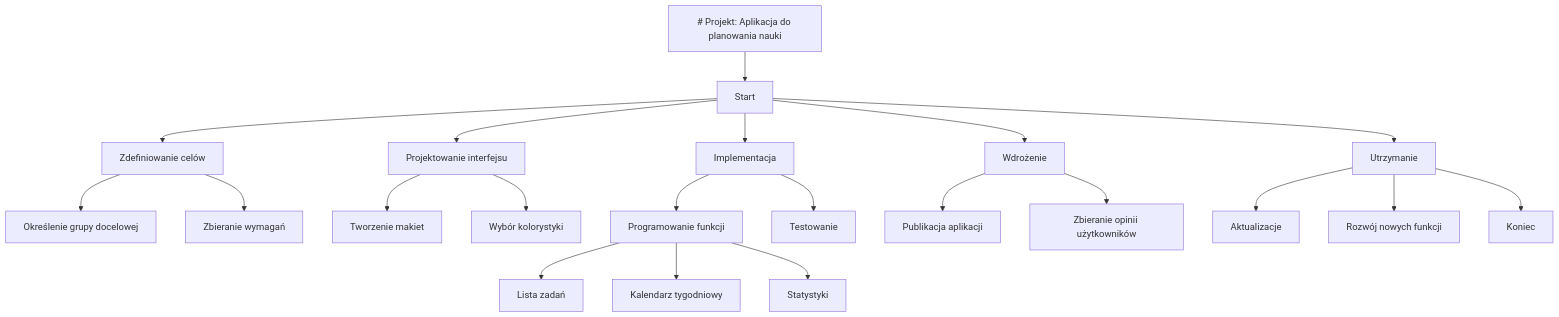
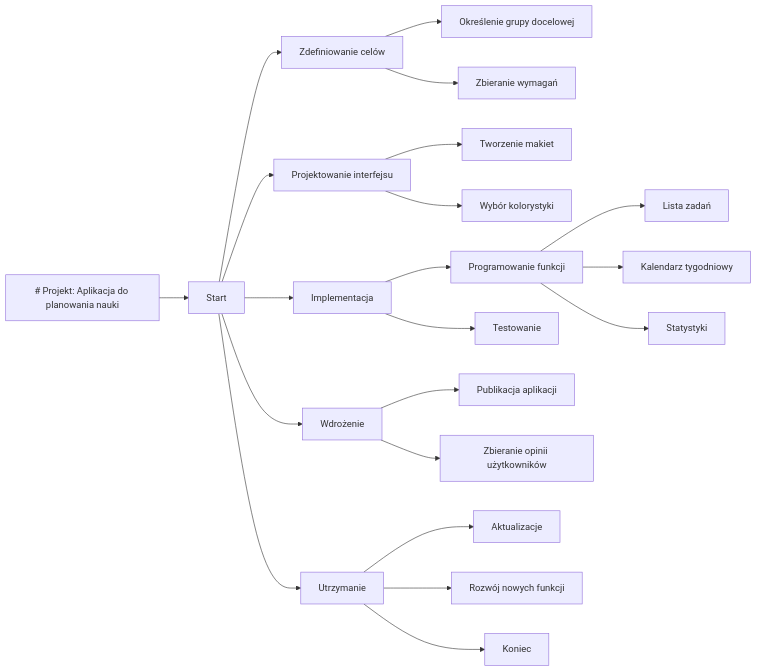
The diagram in SPI_Projekt_zaliczeniowy/docs/diagram.md (korepl/SPI_Projekt_zaliczeniowy), drawn with Mermaid before and after one commit.

Commit message:
Change diagram flow direction from TD to LR

````diff
--- a/SPI_Projekt_zaliczeniowy/docs/diagram.md
+++ b/SPI_Projekt_zaliczeniowy/docs/diagram.md
@@ -1,31 +1,31 @@
 ```mermaid
-graph TD
+flowchart LR
     A[# Projekt: Aplikacja do planowania nauki]
     
     B[Start]
     B --> C[Zdefiniowanie celów]
     C --> C1[Określenie grupy docelowej]
     C --> C2[Zbieranie wymagań]
     
     B --> D[Projektowanie interfejsu]
     D --> D1[Tworzenie makiet]
     D --> D2[Wybór kolorystyki]
     
     B --> E[Implementacja]
     E --> F[Programowanie funkcji]
     F --> F1[Lista zadań]
     F --> F2[Kalendarz tygodniowy]
     F --> F3[Statystyki]
     E --> G[Testowanie]
     
     B --> H[Wdrożenie]
     H --> H1[Publikacja aplikacji]
     H --> H2[Zbieranie opinii użytkowników]
     
     B --> I[Utrzymanie]
     I --> I1[Aktualizacje]
     I --> I2[Rozwój nowych funkcji]
     
     A --> B
     I --> J[Koniec]
 ```
````
